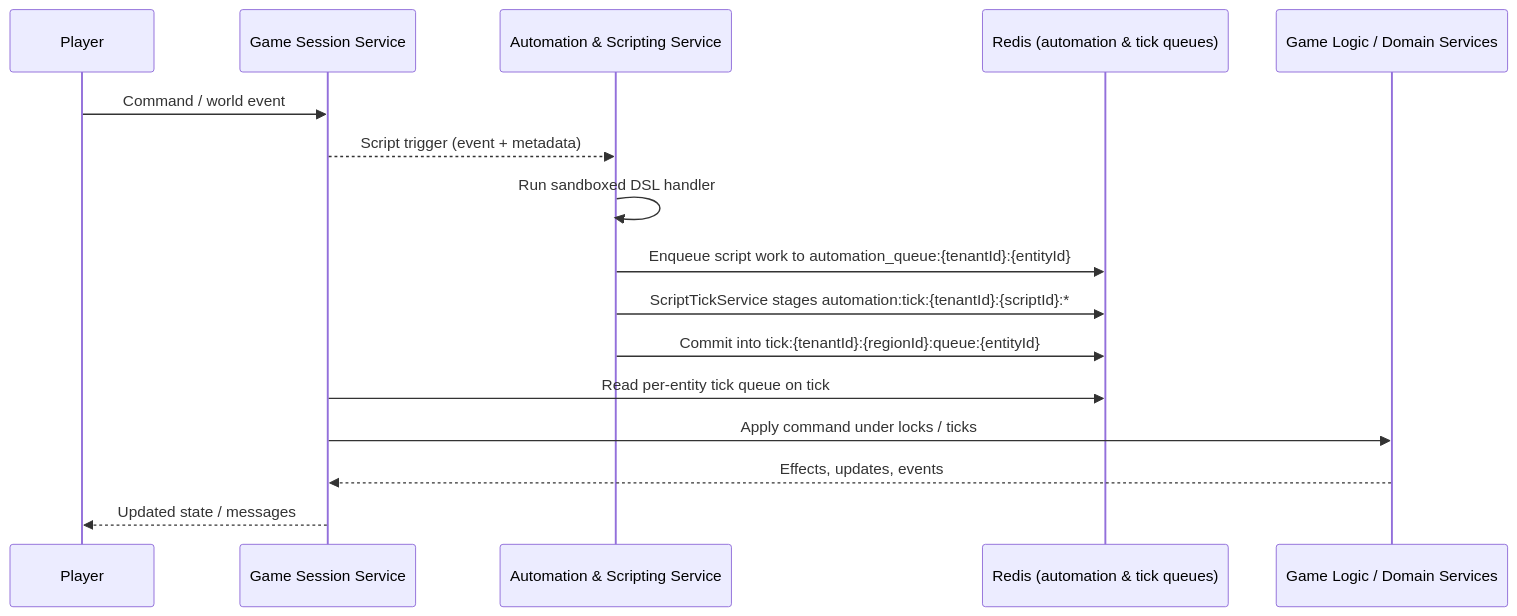
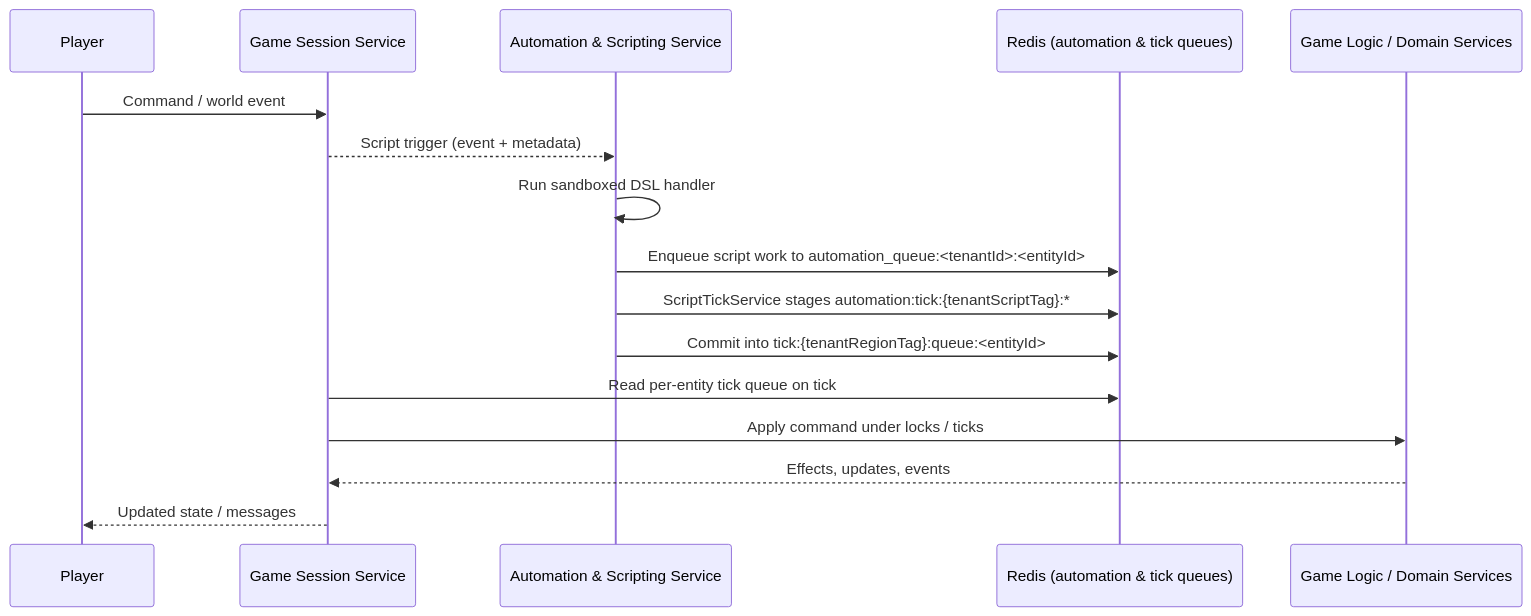
Before and after one commit to benhook1013/FireMUD: the diagram in design/architecture/system-architecture-scripting.md, drawn with Mermaid. The commit also changed other lines of this file and 19 other files, not shown here.

Commit message:
Document architecture updates

````diff
--- a/design/architecture/system-architecture-scripting.md
+++ b/design/architecture/system-architecture-scripting.md
@@ -132,19 +132,19 @@
 ```mermaid
 sequenceDiagram
     participant Player
     participant GameSession as Game Session Service
     participant Scripting as Automation & Scripting Service
     participant Redis as Redis (automation & tick queues)
     participant GameLogic as Game Logic / Domain Services
 
     Player->>GameSession: Command / world event
     GameSession-->>Scripting: Script trigger (event + metadata)
     Scripting->>Scripting: Run sandboxed DSL handler
-    Scripting->>Redis: Enqueue script work to automation_queue:{tenantId}:{entityId}
-    Scripting->>Redis: ScriptTickService stages automation:tick:{tenantId}:{scriptId}:*
-    Scripting->>Redis: Commit into tick:{tenantId}:{regionId}:queue:{entityId}
+    Scripting->>Redis: Enqueue script work to automation_queue:<tenantId>:<entityId>
+    Scripting->>Redis: ScriptTickService stages automation:tick:{tenantScriptTag}:*
+    Scripting->>Redis: Commit into tick:{tenantRegionTag}:queue:<entityId>
     GameSession->>Redis: Read per-entity tick queue on tick
     GameSession->>GameLogic: Apply command under locks / ticks
     GameLogic-->>GameSession: Effects, updates, events
     GameSession-->>Player: Updated state / messages
 ```
````
